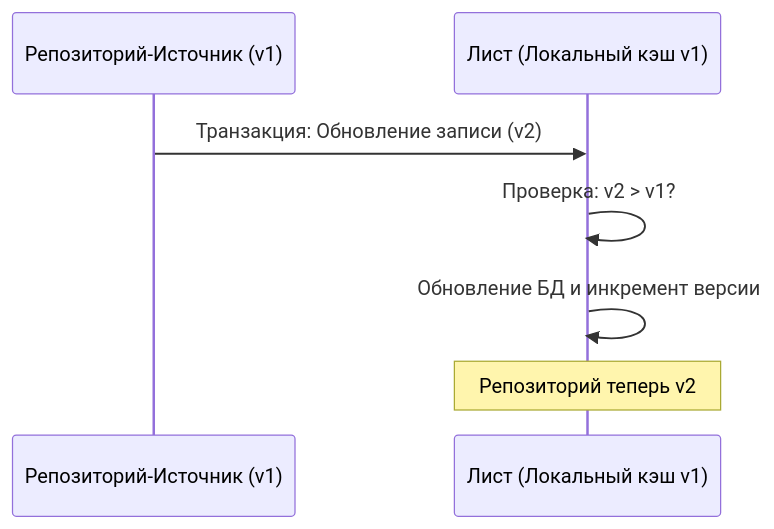
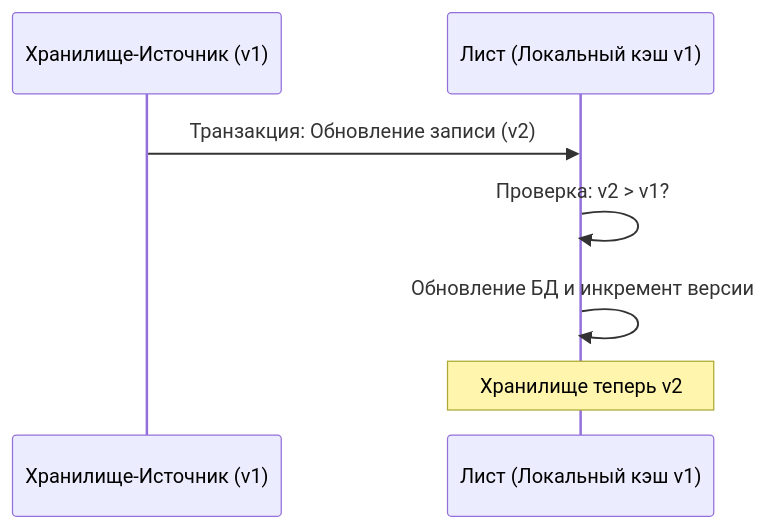
Before and after one commit to Data-Independence-Network/presentations: diagram 15 of 51 in shared_docs/Технический документ платформы Турбаза.md, drawn with Mermaid. The commit also changed other lines of this file and 8 other files, not shown here.

````diff
--- a/shared_docs/Технический документ платформы Турбаза.md
+++ b/shared_docs/Технический документ платформы Турбаза.md
@@ -372,10 +372,10 @@
 ```mermaid
 sequenceDiagram
-    participant Source as Репозиторий-Источник (v1)
+    participant Source as Хранилище-Источник (v1)
     participant Leaf as Лист (Локальный кэш v1)
     
     Source->>Leaf: Транзакция: Обновление записи (v2)
     Leaf->>Leaf: Проверка: v2 > v1?
     Leaf->>Leaf: Обновление БД и инкремент версии
-    Note over Leaf: Репозиторий теперь v2
+    Note over Leaf: Хранилище теперь v2
 ```
````
